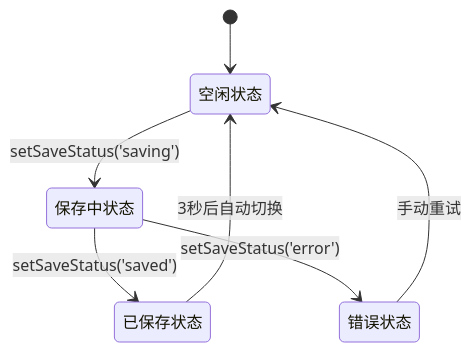
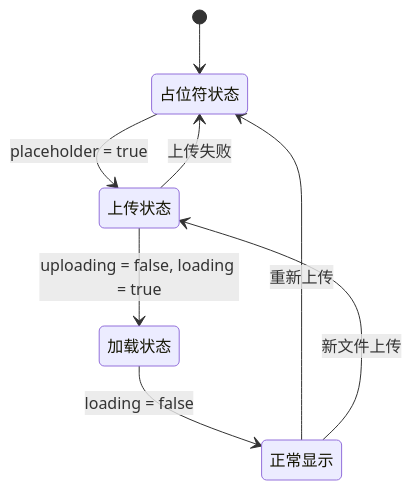
The seventh of 18 diagrams in .qoder/repowiki/zh/content/状态管理系统.md (billye220670/BananaFlow2), drawn with Mermaid before and after one commit. The commit also changed other lines of this file and 6 other files, not shown here.

````diff
--- a/.qoder/repowiki/zh/content/状态管理系统.md
+++ b/.qoder/repowiki/zh/content/状态管理系统.md
@@ -460,9 +455,10 @@
 ```mermaid
 stateDiagram-v2
-[*] --> 空闲状态
-空闲状态 --> 保存中状态 : setSaveStatus('saving')
-保存中状态 --> 已保存状态 : setSaveStatus('saved')
-保存中状态 --> 错误状态 : setSaveStatus('error')
-已保存状态 --> 空闲状态 : 3秒后自动切换
-错误状态 --> 空闲状态 : 手动重试
+[*] --> 占位符状态
+占位符状态 --> 上传状态 : placeholder = true
+上传状态 --> 加载状态 : uploading = false, loading = true
+上传状态 --> 占位符状态 : 上传失败
+加载状态 --> 正常显示 : loading = false
+正常显示 --> 占位符状态 : 重新上传
+正常显示 --> 上传状态 : 新文件上传
 ```
````
